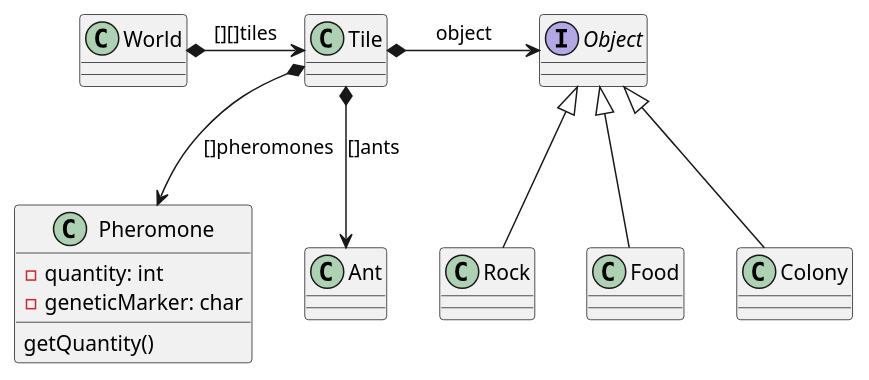
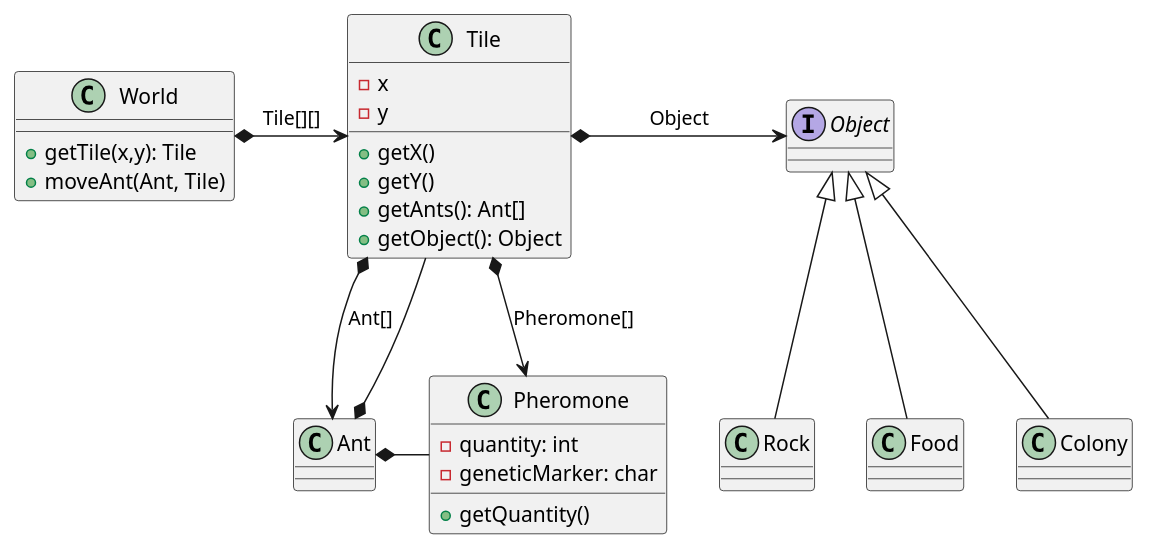
The diagram in uml/world.puml (LEBOCQTitouan/ant-project-c-), drawn with PlantUML before and after one commit. The commit also changed 2 other files, not shown here.

```diff
--- a/uml/world.puml
+++ b/uml/world.puml
@@ -1,40 +1,48 @@
 @startuml
 
 
 
 class World {
-
-
+    + getTile(x,y): Tile
+    + moveAnt(Ant, Tile)
 }
 
 
 interface Object {
 
 }
 
 class Tile {
+    - x
+    - y
+    + getX()
+    + getY()
+    + getAnts(): Ant[]
+    + getObject(): Object
 
 }
 
 class Pheromone {
     - quantity: int
     - geneticMarker: char
-    getQuantity()
+    + getQuantity()
 }
 
 
 Object <|-- Rock
 Object <|-- Food
 Object <|-- Colony
 
 
-World *-> Tile : [][]tiles
-Tile *-> Object : object
-Tile *--> Ant : []ants
-Tile *--> Pheromone : []pheromones
+World *-> Tile : Tile[][]
+Tile *-> Object : Object
+Tile *--> Ant : Ant[]
+Tile *--> Pheromone : Pheromone[]
 
+Ant *-- Tile
+Ant *- Pheromone
 
 
 
 
 @enduml
```
